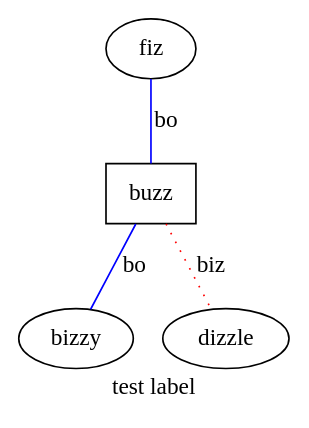
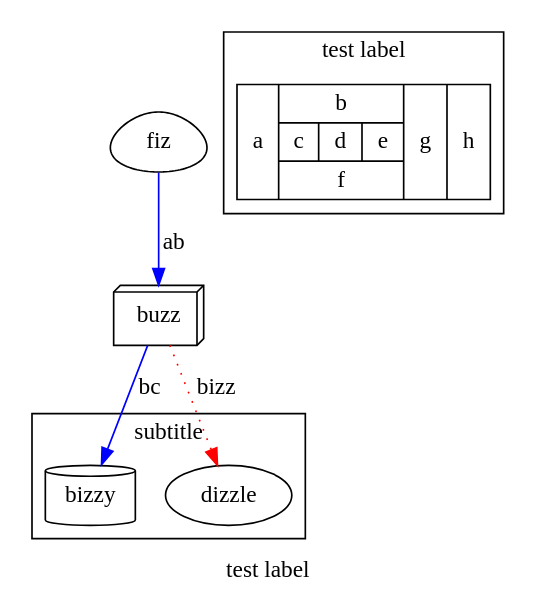
One commit to telus/api-domain-graphs changed the diagram in helloworld.gv. Above: the diagram before and after it, drawn with Graphviz. The commit also changed 2 other files, not shown here.

```diff
--- a/helloworld.gv
+++ b/helloworld.gv
@@ -1,16 +1,25 @@
-strict graph graphname {
+strict digraph graphname {
     // This attribute applies to the graph itself
     size="500,500";
     label="test label";
 
     // The label attribute can be used to change the label of a node
-    a [label="fiz"];
+    a [label="fiz", shape=egg];
     // Here, the node shape is changed.
-    b [shape=box, label="buzz"];
+    b [shape=box3d, label="buzz"];
     // These edges both have different line properties
-    a -- b -- c [color=blue, label="bo"];
-    b -- d [style=dotted, color=red, label="biz"];
+    a -> b -> c [color=blue];
+    a -> b [label="ab"];
+    b -> c [label="bc"];
+    b -> d [style=dotted, color=red, label="bizz"];
     // [style=invis] hides a node.
-    c [label="bizzy"];
-    d [label="dizzle"];
+    subgraph cluster_bidiz {
+        rank = same; c; d;
+        label="subtitle";
+        c [label="bizzy", shape=cylinder];
+        d [label="dizzle"];
+    }
+    subgraph cluster_structs {
+        1 [label="a |{ b |{c| d|e}| f}| g | h",shape="record"];
+    }
 }
```
